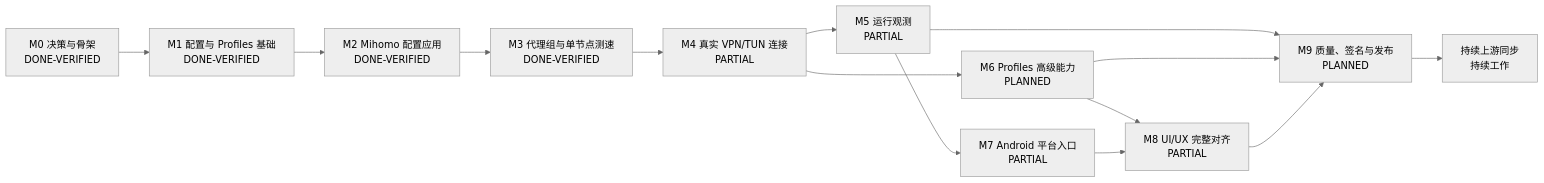
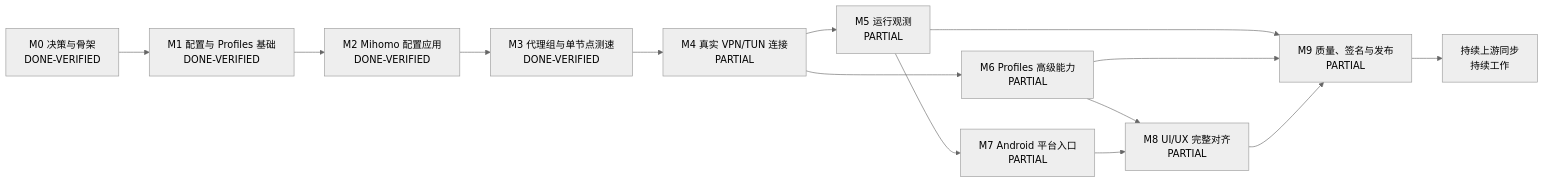
Before and after one commit to lonnnnnng/FlClash: the second of 2 diagrams in docs/roadmap.md, drawn with Mermaid (neutral theme). The commit also changed other lines of this file and 100 other files, not shown here.

````diff
--- a/docs/roadmap.md
+++ b/docs/roadmap.md
@@ -95,16 +95,16 @@
 ```mermaid
 flowchart LR
     M0[M0 决策与骨架\nDONE-VERIFIED] --> M1[M1 配置与 Profiles 基础\nDONE-VERIFIED]
     M1 --> M2[M2 Mihomo 配置应用\nDONE-VERIFIED]
     M2 --> M3[M3 代理组与单节点测速\nDONE-VERIFIED]
     M3 --> M4[M4 真实 VPN/TUN 连接\nPARTIAL]
     M4 --> M5[M5 运行观测\nPARTIAL]
-    M4 --> M6[M6 Profiles 高级能力\nPLANNED]
+    M4 --> M6[M6 Profiles 高级能力\nPARTIAL]
     M5 --> M7[M7 Android 平台入口\nPARTIAL]
     M6 --> M8[M8 UI/UX 完整对齐\nPARTIAL]
     M7 --> M8
-    M5 --> M9[M9 质量、签名与发布\nPLANNED]
+    M5 --> M9[M9 质量、签名与发布\nPARTIAL]
     M6 --> M9
     M8 --> M9
     M9 --> M10[持续上游同步\n持续工作]
 ```
````
